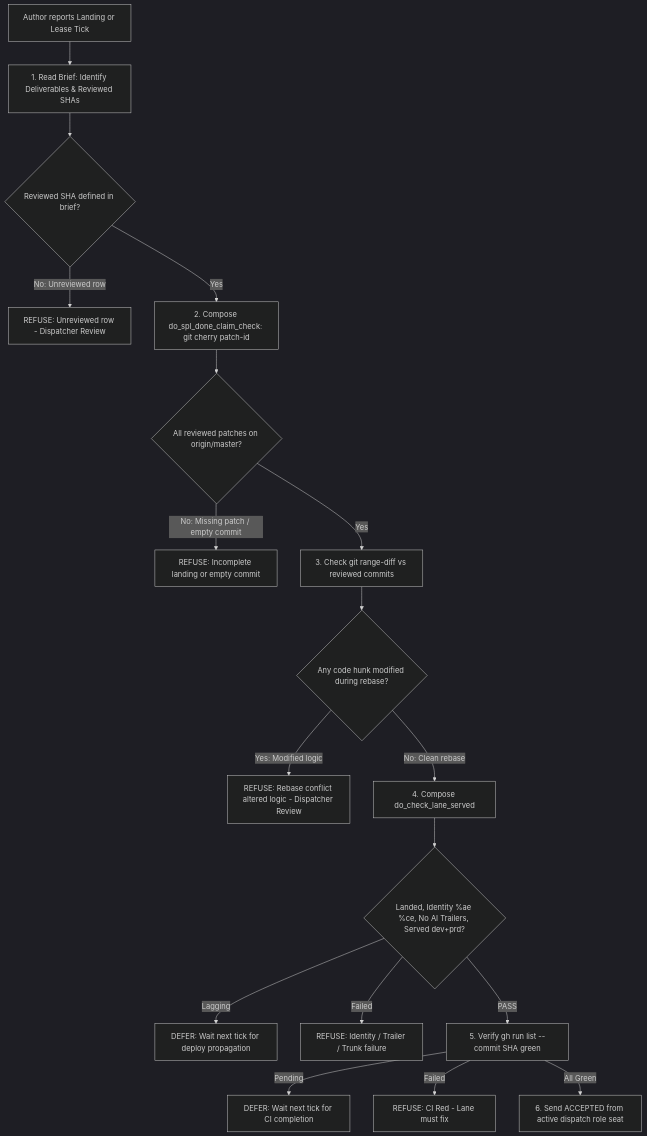
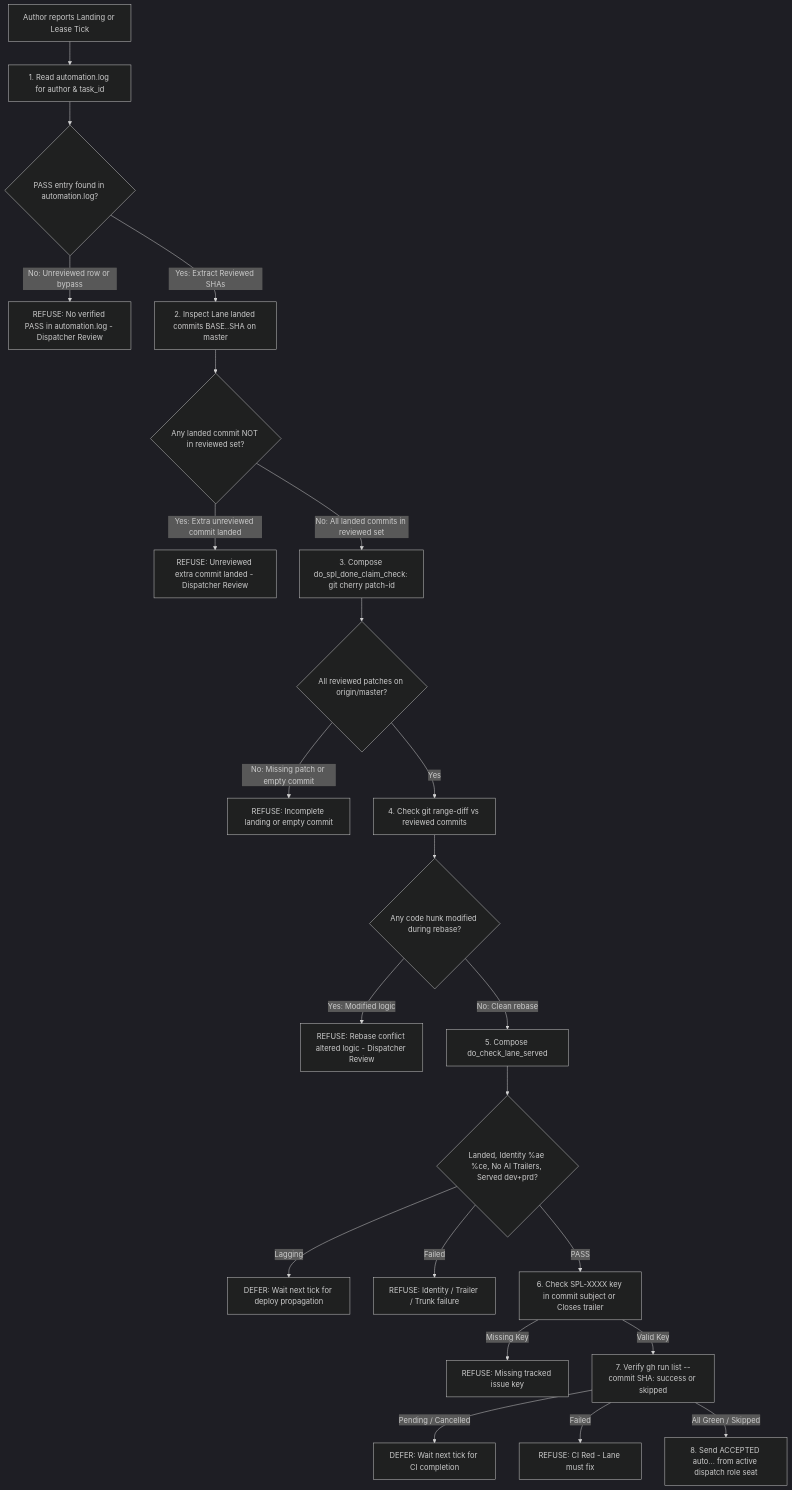
The third of 6 diagrams in csi-spl-doc/specs/157-dispatch-automation/spec.md (csitea/csi-spl), drawn with Mermaid (dark theme) before and after one commit. The commit also changed other lines of this file, not shown here.

````diff
--- a/csi-spl-doc/specs/157-dispatch-automation/spec.md
+++ b/csi-spl-doc/specs/157-dispatch-automation/spec.md
@@ -204,20 +224,25 @@
 ```mermaid
 flowchart TD
-    Start[Author reports Landing or Lease Tick] --> ReadBrief[1. Read Brief: Identify Deliverables & Reviewed SHAs]
-    ReadBrief --> CheckRev{Reviewed SHA defined in brief?}
-    CheckRev -->|No: Unreviewed row| RefuseUnrev[REFUSE: Unreviewed row - Dispatcher Review]
-    CheckRev -->|Yes| DoneClaim[2. Compose do_spl_done_claim_check: git cherry patch-id]
+    Start[Author reports Landing or Lease Tick] --> ReadLog[1. Read automation.log for author & task_id]
+    ReadLog --> CheckLog{PASS entry found in automation.log?}
+    CheckLog -->|No: Unreviewed row or bypass| RefuseLog[REFUSE: No verified PASS in automation.log - Dispatcher Review]
+    CheckLog -->|Yes: Extract Reviewed SHAs| GetLanded[2. Inspect Lane landed commits BASE..SHA on master]
+    GetLanded --> ExtraCheck{Any landed commit NOT in reviewed set?}
+    ExtraCheck -->|Yes: Extra unreviewed commit landed| RefuseExtra[REFUSE: Unreviewed extra commit landed - Dispatcher Review]
+    ExtraCheck -->|No: All landed commits in reviewed set| DoneClaim[3. Compose do_spl_done_claim_check: git cherry patch-id]
     DoneClaim --> PatchMatch{All reviewed patches on origin/master?}
-    PatchMatch -->|No: Missing patch / empty commit| RefusePatch[REFUSE: Incomplete landing or empty commit]
-    PatchMatch -->|Yes| RangeDiff[3. Check git range-diff vs reviewed commits]
+    PatchMatch -->|No: Missing patch or empty commit| RefusePatch[REFUSE: Incomplete landing or empty commit]
+    PatchMatch -->|Yes| RangeDiff[4. Check git range-diff vs reviewed commits]
     RangeDiff --> HunkCheck{Any code hunk modified during rebase?}
     HunkCheck -->|Yes: Modified logic| RefuseHunk[REFUSE: Rebase conflict altered logic - Dispatcher Review]
-    HunkCheck -->|No: Clean rebase| LaneServed[4. Compose do_check_lane_served]
+    HunkCheck -->|No: Clean rebase| LaneServed[5. Compose do_check_lane_served]
     LaneServed --> ServedCheck{Landed, Identity %ae %ce, No AI Trailers, Served dev+prd?}
     ServedCheck -->|Lagging| DeferDeploy[DEFER: Wait next tick for deploy propagation]
     ServedCheck -->|Failed| RefuseServed[REFUSE: Identity / Trailer / Trunk failure]
-    ServedCheck -->|PASS| CICheck[5. Verify gh run list --commit SHA green]
-    CICheck -->|Pending| DeferCI[DEFER: Wait next tick for CI completion]
+    ServedCheck -->|PASS| KeyCheck[6. Check SPL-XXXX key in commit subject or Closes trailer]
+    KeyCheck -->|Missing Key| RefuseKey[REFUSE: Missing tracked issue key]
+    KeyCheck -->|Valid Key| CICheck[7. Verify gh run list --commit SHA: success or skipped]
+    CICheck -->|Pending / Cancelled| DeferCI[DEFER: Wait next tick for CI completion]
     CICheck -->|Failed| RefuseCI[REFUSE: CI Red - Lane must fix]
-    CICheck -->|All Green| SendAcc[6. Send ACCEPTED from active dispatch role seat]
+    CICheck -->|All Green / Skipped| SendAcc[8. Send ACCEPTED auto... from active dispatch role seat]
 ```
````
